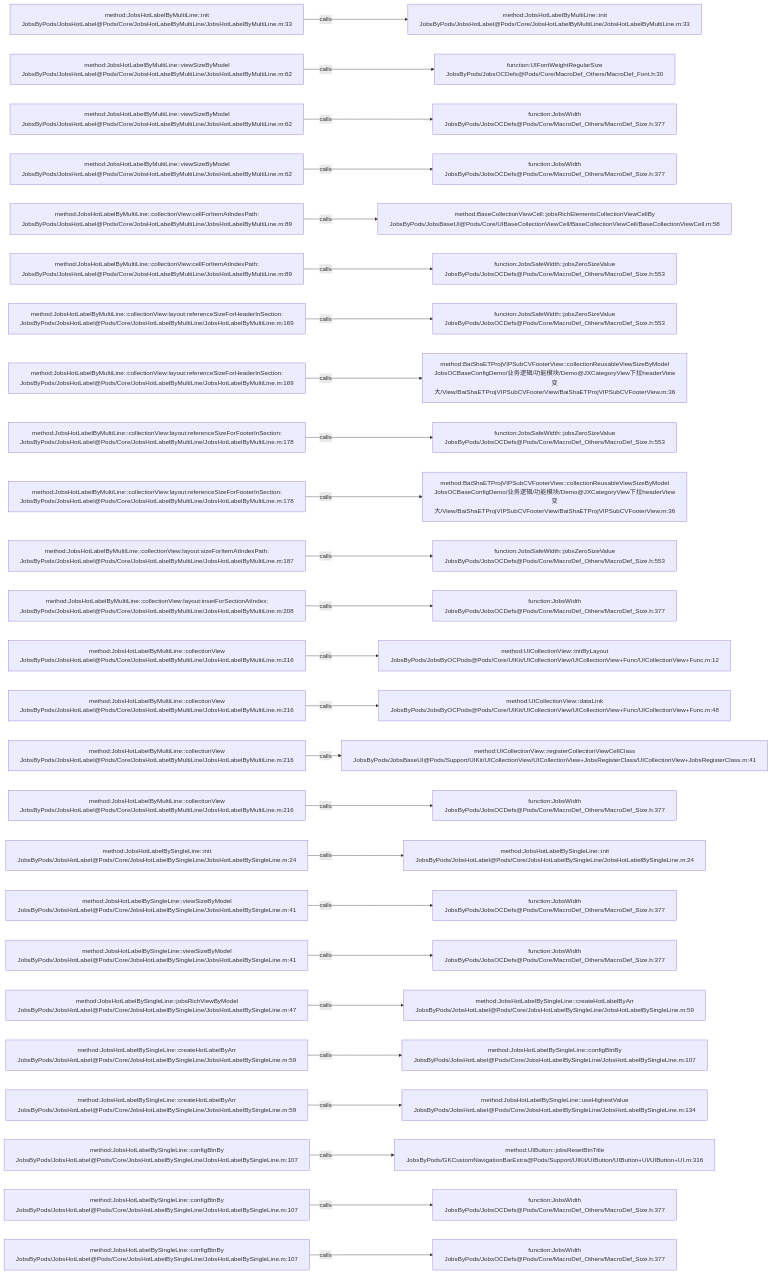
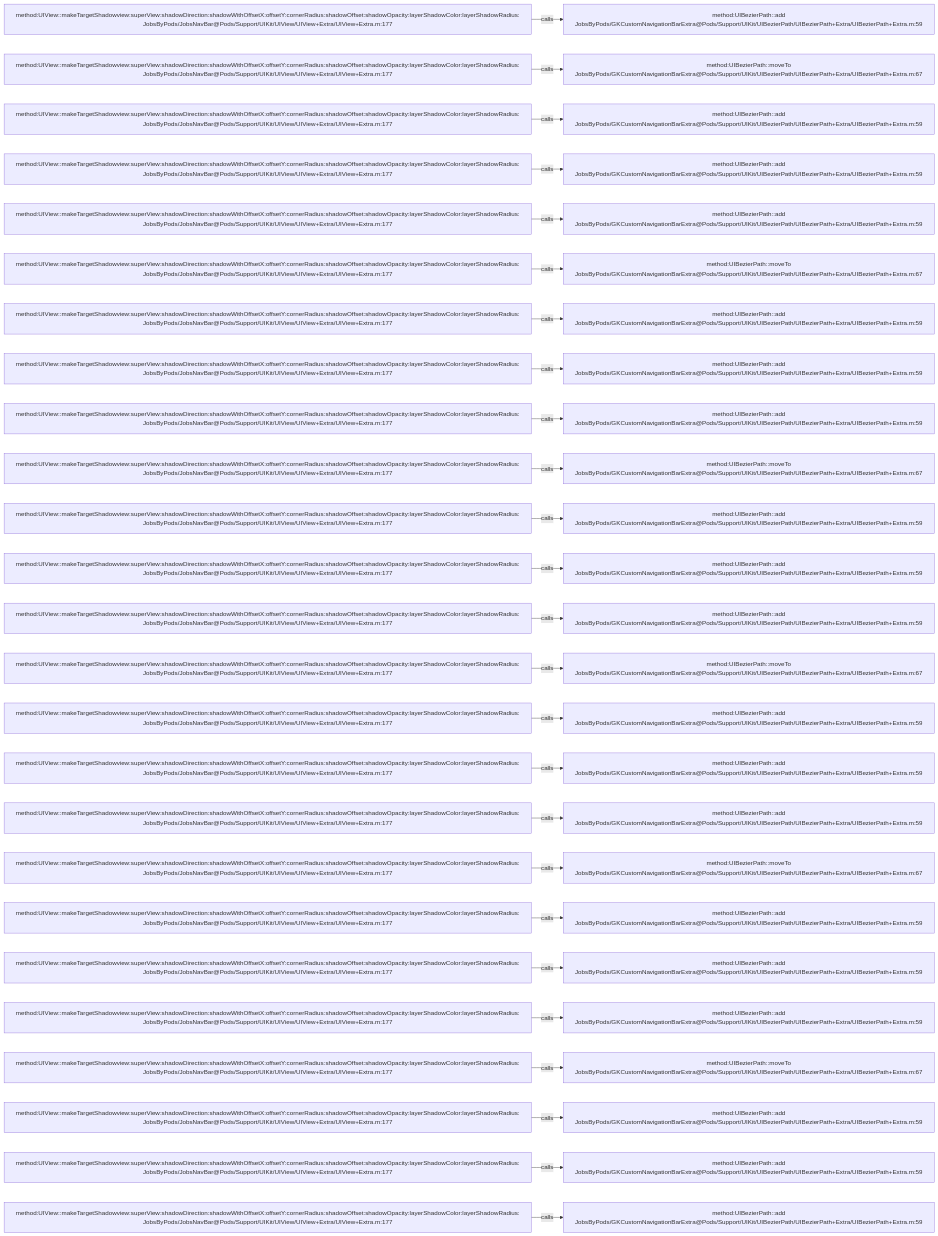
The diagram in .codegraph/codegraph.md/graphs/calls-125.md (JobsKits/JobsOCBaseConfigDemo), drawn with Mermaid before and after one commit. The commit also changed 1026 other files, not shown here.

````diff
--- a/.codegraph/codegraph.md/graphs/calls-125.md
+++ b/.codegraph/codegraph.md/graphs/calls-125.md
@@ -13,78 +13,78 @@
 ```mermaid
 flowchart LR
-  S1["method:JobsHotLabelByMultiLine::init<br/>JobsByPods/JobsHotLabel@Pods/Core/JobsHotLabelByMultiLine/JobsHotLabelByMultiLine.m:33"]
-  T1["method:JobsHotLabelByMultiLine::init<br/>JobsByPods/JobsHotLabel@Pods/Core/JobsHotLabelByMultiLine/JobsHotLabelByMultiLine.m:33"]
+  S1["method:UIView::makeTargetShadowview:superView:shadowDirection:shadowWithOffsetX:offsetY:cornerRadius:shadowOffset:shadowOpacity:layerShadowColor:layerShadowRadius:<br/>JobsByPods/JobsNavBar@Pods/Support/UIKit/UIView/UIView+Extra/UIView+Extra.m:177"]
+  T1["method:UIBezierPath::add<br/>JobsByPods/GKCustomNavigationBarExtra@Pods/Support/UIKit/UIBezierPath/UIBezierPath+Extra/UIBezierPath+Extra.m:59"]
   S1 -->|calls| T1
-  S2["method:JobsHotLabelByMultiLine::viewSizeByModel<br/>JobsByPods/JobsHotLabel@Pods/Core/JobsHotLabelByMultiLine/JobsHotLabelByMultiLine.m:62"]
-  T2["function:UIFontWeightRegularSize<br/>JobsByPods/JobsOCDefs@Pods/Core/MacroDef_Others/MacroDef_Font.h:30"]
+  S2["method:UIView::makeTargetShadowview:superView:shadowDirection:shadowWithOffsetX:offsetY:cornerRadius:shadowOffset:shadowOpacity:layerShadowColor:layerShadowRadius:<br/>JobsByPods/JobsNavBar@Pods/Support/UIKit/UIView/UIView+Extra/UIView+Extra.m:177"]
+  T2["method:UIBezierPath::moveTo<br/>JobsByPods/GKCustomNavigationBarExtra@Pods/Support/UIKit/UIBezierPath/UIBezierPath+Extra/UIBezierPath+Extra.m:67"]
   S2 -->|calls| T2
-  S3["method:JobsHotLabelByMultiLine::viewSizeByModel<br/>JobsByPods/JobsHotLabel@Pods/Core/JobsHotLabelByMultiLine/JobsHotLabelByMultiLine.m:62"]
-  T3["function:JobsWidth<br/>JobsByPods/JobsOCDefs@Pods/Core/MacroDef_Others/MacroDef_Size.h:377"]
+  S3["method:UIView::makeTargetShadowview:superView:shadowDirection:shadowWithOffsetX:offsetY:cornerRadius:shadowOffset:shadowOpacity:layerShadowColor:layerShadowRadius:<br/>JobsByPods/JobsNavBar@Pods/Support/UIKit/UIView/UIView+Extra/UIView+Extra.m:177"]
+  T3["method:UIBezierPath::add<br/>JobsByPods/GKCustomNavigationBarExtra@Pods/Support/UIKit/UIBezierPath/UIBezierPath+Extra/UIBezierPath+Extra.m:59"]
   S3 -->|calls| T3
-  S4["method:JobsHotLabelByMultiLine::viewSizeByModel<br/>JobsByPods/JobsHotLabel@Pods/Core/JobsHotLabelByMultiLine/JobsHotLabelByMultiLine.m:62"]
-  T4["function:JobsWidth<br/>JobsByPods/JobsOCDefs@Pods/Core/MacroDef_Others/MacroDef_Size.h:377"]
+  S4["method:UIView::makeTargetShadowview:superView:shadowDirection:shadowWithOffsetX:offsetY:cornerRadius:shadowOffset:shadowOpacity:layerShadowColor:layerShadowRadius:<br/>JobsByPods/JobsNavBar@Pods/Support/UIKit/UIView/UIView+Extra/UIView+Extra.m:177"]
+  T4["method:UIBezierPath::add<br/>JobsByPods/GKCustomNavigationBarExtra@Pods/Support/UIKit/UIBezierPath/UIBezierPath+Extra/UIBezierPath+Extra.m:59"]
   S4 -->|calls| T4
-  S5["method:JobsHotLabelByMultiLine::collectionView:cellForItemAtIndexPath:<br/>JobsByPods/JobsHotLabel@Pods/Core/JobsHotLabelByMultiLine/JobsHotLabelByMultiLine.m:89"]
-  T5["method:BaseCollectionViewCell::jobsRichElementsCollectionViewCellBy<br/>JobsByPods/JobsBaseUI@Pods/Core/UIBaseCollectionViewCell/BaseCollectionViewCell/BaseCollectionViewCell.m:58"]
+  S5["method:UIView::makeTargetShadowview:superView:shadowDirection:shadowWithOffsetX:offsetY:cornerRadius:shadowOffset:shadowOpacity:layerShadowColor:layerShadowRadius:<br/>JobsByPods/JobsNavBar@Pods/Support/UIKit/UIView/UIView+Extra/UIView+Extra.m:177"]
+  T5["method:UIBezierPath::add<br/>JobsByPods/GKCustomNavigationBarExtra@Pods/Support/UIKit/UIBezierPath/UIBezierPath+Extra/UIBezierPath+Extra.m:59"]
   S5 -->|calls| T5
-  S6["method:JobsHotLabelByMultiLine::collectionView:cellForItemAtIndexPath:<br/>JobsByPods/JobsHotLabel@Pods/Core/JobsHotLabelByMultiLine/JobsHotLabelByMultiLine.m:89"]
-  T6["function:JobsSafeWidth::jobsZeroSizeValue<br/>JobsByPods/JobsOCDefs@Pods/Core/MacroDef_Others/MacroDef_Size.h:553"]
+  S6["method:UIView::makeTargetShadowview:superView:shadowDirection:shadowWithOffsetX:offsetY:cornerRadius:shadowOffset:shadowOpacity:layerShadowColor:layerShadowRadius:<br/>JobsByPods/JobsNavBar@Pods/Support/UIKit/UIView/UIView+Extra/UIView+Extra.m:177"]
+  T6["method:UIBezierPath::moveTo<br/>JobsByPods/GKCustomNavigationBarExtra@Pods/Support/UIKit/UIBezierPath/UIBezierPath+Extra/UIBezierPath+Extra.m:67"]
   S6 -->|calls| T6
-  S7["method:JobsHotLabelByMultiLine::collectionView:layout:referenceSizeForHeaderInSection:<br/>JobsByPods/JobsHotLabel@Pods/Core/JobsHotLabelByMultiLine/JobsHotLabelByMultiLine.m:169"]
-  T7["function:JobsSafeWidth::jobsZeroSizeValue<br/>JobsByPods/JobsOCDefs@Pods/Core/MacroDef_Others/MacroDef_Size.h:553"]
+  S7["method:UIView::makeTargetShadowview:superView:shadowDirection:shadowWithOffsetX:offsetY:cornerRadius:shadowOffset:shadowOpacity:layerShadowColor:layerShadowRadius:<br/>JobsByPods/JobsNavBar@Pods/Support/UIKit/UIView/UIView+Extra/UIView+Extra.m:177"]
+  T7["method:UIBezierPath::add<br/>JobsByPods/GKCustomNavigationBarExtra@Pods/Support/UIKit/UIBezierPath/UIBezierPath+Extra/UIBezierPath+Extra.m:59"]
   S7 -->|calls| T7
-  S8["method:JobsHotLabelByMultiLine::collectionView:layout:referenceSizeForHeaderInSection:<br/>JobsByPods/JobsHotLabel@Pods/Core/JobsHotLabelByMultiLine/JobsHotLabelByMultiLine.m:169"]
-  T8["method:BaiShaETProjVIPSubCVFooterView::collectionReusableViewSizeByModel<br/>JobsOCBaseConfigDemo/业务逻辑/功能模块/Demo@JXCategoryView下拉headerView变大/View/BaiShaETProjVIPSubCVFooterView/BaiShaETProjVIPSubCVFooterView.m:36"]
+  S8["method:UIView::makeTargetShadowview:superView:shadowDirection:shadowWithOffsetX:offsetY:cornerRadius:shadowOffset:shadowOpacity:layerShadowColor:layerShadowRadius:<br/>JobsByPods/JobsNavBar@Pods/Support/UIKit/UIView/UIView+Extra/UIView+Extra.m:177"]
+  T8["method:UIBezierPath::add<br/>JobsByPods/GKCustomNavigationBarExtra@Pods/Support/UIKit/UIBezierPath/UIBezierPath+Extra/UIBezierPath+Extra.m:59"]
   S8 -->|calls| T8
-  S9["method:JobsHotLabelByMultiLine::collectionView:layout:referenceSizeForFooterInSection:<br/>JobsByPods/JobsHotLabel@Pods/Core/JobsHotLabelByMultiLine/JobsHotLabelByMultiLine.m:178"]
-  T9["function:JobsSafeWidth::jobsZeroSizeValue<br/>JobsByPods/JobsOCDefs@Pods/Core/MacroDef_Others/MacroDef_Size.h:553"]
+  S9["method:UIView::makeTargetShadowview:superView:shadowDirection:shadowWithOffsetX:offsetY:cornerRadius:shadowOffset:shadowOpacity:layerShadowColor:layerShadowRadius:<br/>JobsByPods/JobsNavBar@Pods/Support/UIKit/UIView/UIView+Extra/UIView+Extra.m:177"]
+  T9["method:UIBezierPath::add<br/>JobsByPods/GKCustomNavigationBarExtra@Pods/Support/UIKit/UIBezierPath/UIBezierPath+Extra/UIBezierPath+Extra.m:59"]
   S9 -->|calls| T9
-  S10["method:JobsHotLabelByMultiLine::collectionView:layout:referenceSizeForFooterInSection:<br/>JobsByPods/JobsHotLabel@Pods/Core/JobsHotLabelByMultiLine/JobsHotLabelByMultiLine.m:178"]
-  T10["method:BaiShaETProjVIPSubCVFooterView::collectionReusableViewSizeByModel<br/>JobsOCBaseConfigDemo/业务逻辑/功能模块/Demo@JXCategoryView下拉headerView变大/View/BaiShaETProjVIPSubCVFooterView/BaiShaETProjVIPSubCVFooterView.m:36"]
+  S10["method:UIView::makeTargetShadowview:superView:shadowDirection:shadowWithOffsetX:offsetY:cornerRadius:shadowOffset:shadowOpacity:layerShadowColor:layerShadowRadius:<br/>JobsByPods/JobsNavBar@Pods/Support/UIKit/UIView/UIView+Extra/UIView+Extra.m:177"]
+  T10["method:UIBezierPath::moveTo<br/>JobsByPods/GKCustomNavigationBarExtra@Pods/Support/UIKit/UIBezierPath/UIBezierPath+Extra/UIBezierPath+Extra.m:67"]
   S10 -->|calls| T10
-  S11["method:JobsHotLabelByMultiLine::collectionView:layout:sizeForItemAtIndexPath:<br/>JobsByPods/JobsHotLabel@Pods/Core/JobsHotLabelByMultiLine/JobsHotLabelByMultiLine.m:187"]
-  T11["function:JobsSafeWidth::jobsZeroSizeValue<br/>JobsByPods/JobsOCDefs@Pods/Core/MacroDef_Others/MacroDef_Size.h:553"]
+  S11["method:UIView::makeTargetShadowview:superView:shadowDirection:shadowWithOffsetX:offsetY:cornerRadius:shadowOffset:shadowOpacity:layerShadowColor:layerShadowRadius:<br/>JobsByPods/JobsNavBar@Pods/Support/UIKit/UIView/UIView+Extra/UIView+Extra.m:177"]
+  T11["method:UIBezierPath::add<br/>JobsByPods/GKCustomNavigationBarExtra@Pods/Support/UIKit/UIBezierPath/UIBezierPath+Extra/UIBezierPath+Extra.m:59"]
   S11 -->|calls| T11
-  S12["method:JobsHotLabelByMultiLine::collectionView:layout:insetForSectionAtIndex:<br/>JobsByPods/JobsHotLabel@Pods/Core/JobsHotLabelByMultiLine/JobsHotLabelByMultiLine.m:208"]
-  T12["function:JobsWidth<br/>JobsByPods/JobsOCDefs@Pods/Core/MacroDef_Others/MacroDef_Size.h:377"]
+  S12["method:UIView::makeTargetShadowview:superView:shadowDirection:shadowWithOffsetX:offsetY:cornerRadius:shadowOffset:shadowOpacity:layerShadowColor:layerShadowRadius:<br/>JobsByPods/JobsNavBar@Pods/Support/UIKit/UIView/UIView+Extra/UIView+Extra.m:177"]
+  T12["method:UIBezierPath::add<br/>JobsByPods/GKCustomNavigationBarExtra@Pods/Support/UIKit/UIBezierPath/UIBezierPath+Extra/UIBezierPath+Extra.m:59"]
   S12 -->|calls| T12
-  S13["method:JobsHotLabelByMultiLine::collectionView<br/>JobsByPods/JobsHotLabel@Pods/Core/JobsHotLabelByMultiLine/JobsHotLabelByMultiLine.m:216"]
-  T13["method:UICollectionView::initByLayout<br/>JobsByPods/JobsByOCPods@Pods/Core/UIKit/UICollectionView/UICollectionView+Func/UICollectionView+Func.m:12"]
+  S13["method:UIView::makeTargetShadowview:superView:shadowDirection:shadowWithOffsetX:offsetY:cornerRadius:shadowOffset:shadowOpacity:layerShadowColor:layerShadowRadius:<br/>JobsByPods/JobsNavBar@Pods/Support/UIKit/UIView/UIView+Extra/UIView+Extra.m:177"]
+  T13["method:UIBezierPath::add<br/>JobsByPods/GKCustomNavigationBarExtra@Pods/Support/UIKit/UIBezierPath/UIBezierPath+Extra/UIBezierPath+Extra.m:59"]
   S13 -->|calls| T13
-  S14["method:JobsHotLabelByMultiLine::collectionView<br/>JobsByPods/JobsHotLabel@Pods/Core/JobsHotLabelByMultiLine/JobsHotLabelByMultiLine.m:216"]
-  T14["method:UICollectionView::dataLink<br/>JobsByPods/JobsByOCPods@Pods/Core/UIKit/UICollectionView/UICollectionView+Func/UICollectionView+Func.m:48"]
+  S14["method:UIView::makeTargetShadowview:superView:shadowDirection:shadowWithOffsetX:offsetY:cornerRadius:shadowOffset:shadowOpacity:layerShadowColor:layerShadowRadius:<br/>JobsByPods/JobsNavBar@Pods/Support/UIKit/UIView/UIView+Extra/UIView+Extra.m:177"]
+  T14["method:UIBezierPath::moveTo<br/>JobsByPods/GKCustomNavigationBarExtra@Pods/Support/UIKit/UIBezierPath/UIBezierPath+Extra/UIBezierPath+Extra.m:67"]
   S14 -->|calls| T14
-  S15["method:JobsHotLabelByMultiLine::collectionView<br/>JobsByPods/JobsHotLabel@Pods/Core/JobsHotLabelByMultiLine/JobsHotLabelByMultiLine.m:216"]
-  T15["method:UICollectionView::registerCollectionViewCellClass<br/>JobsByPods/JobsBaseUI@Pods/Support/UIKit/UICollectionView/UICollectionView+JobsRegisterClass/UICollectionView+JobsRegisterClass.m:41"]
+  S15["method:UIView::makeTargetShadowview:superView:shadowDirection:shadowWithOffsetX:offsetY:cornerRadius:shadowOffset:shadowOpacity:layerShadowColor:layerShadowRadius:<br/>JobsByPods/JobsNavBar@Pods/Support/UIKit/UIView/UIView+Extra/UIView+Extra.m:177"]
+  T15["method:UIBezierPath::add<br/>JobsByPods/GKCustomNavigationBarExtra@Pods/Support/UIKit/UIBezierPath/UIBezierPath+Extra/UIBezierPath+Extra.m:59"]
   S15 -->|calls| T15
-  S16["method:JobsHotLabelByMultiLine::collectionView<br/>JobsByPods/JobsHotLabel@Pods/Core/JobsHotLabelByMultiLine/JobsHotLabelByMultiLine.m:216"]
-  T16["function:JobsWidth<br/>JobsByPods/JobsOCDefs@Pods/Core/MacroDef_Others/MacroDef_Size.h:377"]
+  S16["method:UIView::makeTargetShadowview:superView:shadowDirection:shadowWithOffsetX:offsetY:cornerRadius:shadowOffset:shadowOpacity:layerShadowColor:layerShadowRadius:<br/>JobsByPods/JobsNavBar@Pods/Support/UIKit/UIView/UIView+Extra/UIView+Extra.m:177"]
+  T16["method:UIBezierPath::add<br/>JobsByPods/GKCustomNavigationBarExtra@Pods/Support/UIKit/UIBezierPath/UIBezierPath+Extra/UIBezierPath+Extra.m:59"]
   S16 -->|calls| T16
-  S17["method:JobsHotLabelBySingleLine::init<br/>JobsByPods/JobsHotLabel@Pods/Core/JobsHotLabelBySingleLine/JobsHotLabelBySingleLine.m:24"]
-  T17["method:JobsHotLabelBySingleLine::init<br/>JobsByPods/JobsHotLabel@Pods/Core/JobsHotLabelBySingleLine/JobsHotLabelBySingleLine.m:24"]
+  S17["method:UIView::makeTargetShadowview:superView:shadowDirection:shadowWithOffsetX:offsetY:cornerRadius:shadowOffset:shadowOpacity:layerShadowColor:layerShadowRadius:<br/>JobsByPods/JobsNavBar@Pods/Support/UIKit/UIView/UIView+Extra/UIView+Extra.m:177"]
+  T17["method:UIBezierPath::add<br/>JobsByPods/GKCustomNavigationBarExtra@Pods/Support/UIKit/UIBezierPath/UIBezierPath+Extra/UIBezierPath+Extra.m:59"]
   S17 -->|calls| T17
-  S18["method:JobsHotLabelBySingleLine::viewSizeByModel<br/>JobsByPods/JobsHotLabel@Pods/Core/JobsHotLabelBySingleLine/JobsHotLabelBySingleLine.m:41"]
-  T18["function:JobsWidth<br/>JobsByPods/JobsOCDefs@Pods/Core/MacroDef_Others/MacroDef_Size.h:377"]
+  S18["method:UIView::makeTargetShadowview:superView:shadowDirection:shadowWithOffsetX:offsetY:cornerRadius:shadowOffset:shadowOpacity:layerShadowColor:layerShadowRadius:<br/>JobsByPods/JobsNavBar@Pods/Support/UIKit/UIView/UIView+Extra/UIView+Extra.m:177"]
+  T18["method:UIBezierPath::moveTo<br/>JobsByPods/GKCustomNavigationBarExtra@Pods/Support/UIKit/UIBezierPath/UIBezierPath+Extra/UIBezierPath+Extra.m:67"]
   S18 -->|calls| T18
-  S19["method:JobsHotLabelBySingleLine::viewSizeByModel<br/>JobsByPods/JobsHotLabel@Pods/Core/JobsHotLabelBySingleLine/JobsHotLabelBySingleLine.m:41"]
-  T19["function:JobsWidth<br/>JobsByPods/JobsOCDefs@Pods/Core/MacroDef_Others/MacroDef_Size.h:377"]
+  S19["method:UIView::makeTargetShadowview:superView:shadowDirection:shadowWithOffsetX:offsetY:cornerRadius:shadowOffset:shadowOpacity:layerShadowColor:layerShadowRadius:<br/>JobsByPods/JobsNavBar@Pods/Support/UIKit/UIView/UIView+Extra/UIView+Extra.m:177"]
+  T19["method:UIBezierPath::add<br/>JobsByPods/GKCustomNavigationBarExtra@Pods/Support/UIKit/UIBezierPath/UIBezierPath+Extra/UIBezierPath+Extra.m:59"]
   S19 -->|calls| T19
-  S20["method:JobsHotLabelBySingleLine::jobsRichViewByModel<br/>JobsByPods/JobsHotLabel@Pods/Core/JobsHotLabelBySingleLine/JobsHotLabelBySingleLine.m:47"]
-  T20["method:JobsHotLabelBySingleLine::createHotLabelByArr<br/>JobsByPods/JobsHotLabel@Pods/Core/JobsHotLabelBySingleLine/JobsHotLabelBySingleLine.m:59"]
+  S20["method:UIView::makeTargetShadowview:superView:shadowDirection:shadowWithOffsetX:offsetY:cornerRadius:shadowOffset:shadowOpacity:layerShadowColor:layerShadowRadius:<br/>JobsByPods/JobsNavBar@Pods/Support/UIKit/UIView/UIView+Extra/UIView+Extra.m:177"]
+  T20["method:UIBezierPath::add<br/>JobsByPods/GKCustomNavigationBarExtra@Pods/Support/UIKit/UIBezierPath/UIBezierPath+Extra/UIBezierPath+Extra.m:59"]
   S20 -->|calls| T20
-  S21["method:JobsHotLabelBySingleLine::createHotLabelByArr<br/>JobsByPods/JobsHotLabel@Pods/Core/JobsHotLabelBySingleLine/JobsHotLabelBySingleLine.m:59"]
-  T21["method:JobsHotLabelBySingleLine::configBtnBy<br/>JobsByPods/JobsHotLabel@Pods/Core/JobsHotLabelBySingleLine/JobsHotLabelBySingleLine.m:107"]
+  S21["method:UIView::makeTargetShadowview:superView:shadowDirection:shadowWithOffsetX:offsetY:cornerRadius:shadowOffset:shadowOpacity:layerShadowColor:layerShadowRadius:<br/>JobsByPods/JobsNavBar@Pods/Support/UIKit/UIView/UIView+Extra/UIView+Extra.m:177"]
+  T21["method:UIBezierPath::add<br/>JobsByPods/GKCustomNavigationBarExtra@Pods/Support/UIKit/UIBezierPath/UIBezierPath+Extra/UIBezierPath+Extra.m:59"]
   S21 -->|calls| T21
-  S22["method:JobsHotLabelBySingleLine::createHotLabelByArr<br/>JobsByPods/JobsHotLabel@Pods/Core/JobsHotLabelBySingleLine/JobsHotLabelBySingleLine.m:59"]
-  T22["method:JobsHotLabelBySingleLine::useHighestValue<br/>JobsByPods/JobsHotLabel@Pods/Core/JobsHotLabelBySingleLine/JobsHotLabelBySingleLine.m:134"]
+  S22["method:UIView::makeTargetShadowview:superView:shadowDirection:shadowWithOffsetX:offsetY:cornerRadius:shadowOffset:shadowOpacity:layerShadowColor:layerShadowRadius:<br/>JobsByPods/JobsNavBar@Pods/Support/UIKit/UIView/UIView+Extra/UIView+Extra.m:177"]
+  T22["method:UIBezierPath::moveTo<br/>JobsByPods/GKCustomNavigationBarExtra@Pods/Support/UIKit/UIBezierPath/UIBezierPath+Extra/UIBezierPath+Extra.m:67"]
   S22 -->|calls| T22
-  S23["method:JobsHotLabelBySingleLine::configBtnBy<br/>JobsByPods/JobsHotLabel@Pods/Core/JobsHotLabelBySingleLine/JobsHotLabelBySingleLine.m:107"]
-  T23["method:UIButton::jobsResetBtnTitle<br/>JobsByPods/GKCustomNavigationBarExtra@Pods/Support/UIKit/UIButton/UIButton+UI/UIButton+UI.m:316"]
+  S23["method:UIView::makeTargetShadowview:superView:shadowDirection:shadowWithOffsetX:offsetY:cornerRadius:shadowOffset:shadowOpacity:layerShadowColor:layerShadowRadius:<br/>JobsByPods/JobsNavBar@Pods/Support/UIKit/UIView/UIView+Extra/UIView+Extra.m:177"]
+  T23["method:UIBezierPath::add<br/>JobsByPods/GKCustomNavigationBarExtra@Pods/Support/UIKit/UIBezierPath/UIBezierPath+Extra/UIBezierPath+Extra.m:59"]
   S23 -->|calls| T23
-  S24["method:JobsHotLabelBySingleLine::configBtnBy<br/>JobsByPods/JobsHotLabel@Pods/Core/JobsHotLabelBySingleLine/JobsHotLabelBySingleLine.m:107"]
-  T24["function:JobsWidth<br/>JobsByPods/JobsOCDefs@Pods/Core/MacroDef_Others/MacroDef_Size.h:377"]
+  S24["method:UIView::makeTargetShadowview:superView:shadowDirection:shadowWithOffsetX:offsetY:cornerRadius:shadowOffset:shadowOpacity:layerShadowColor:layerShadowRadius:<br/>JobsByPods/JobsNavBar@Pods/Support/UIKit/UIView/UIView+Extra/UIView+Extra.m:177"]
+  T24["method:UIBezierPath::add<br/>JobsByPods/GKCustomNavigationBarExtra@Pods/Support/UIKit/UIBezierPath/UIBezierPath+Extra/UIBezierPath+Extra.m:59"]
   S24 -->|calls| T24
-  S25["method:JobsHotLabelBySingleLine::configBtnBy<br/>JobsByPods/JobsHotLabel@Pods/Core/JobsHotLabelBySingleLine/JobsHotLabelBySingleLine.m:107"]
-  T25["function:JobsWidth<br/>JobsByPods/JobsOCDefs@Pods/Core/MacroDef_Others/MacroDef_Size.h:377"]
+  S25["method:UIView::makeTargetShadowview:superView:shadowDirection:shadowWithOffsetX:offsetY:cornerRadius:shadowOffset:shadowOpacity:layerShadowColor:layerShadowRadius:<br/>JobsByPods/JobsNavBar@Pods/Support/UIKit/UIView/UIView+Extra/UIView+Extra.m:177"]
+  T25["method:UIBezierPath::add<br/>JobsByPods/GKCustomNavigationBarExtra@Pods/Support/UIKit/UIBezierPath/UIBezierPath+Extra/UIBezierPath+Extra.m:59"]
   S25 -->|calls| T25
 ```
````
